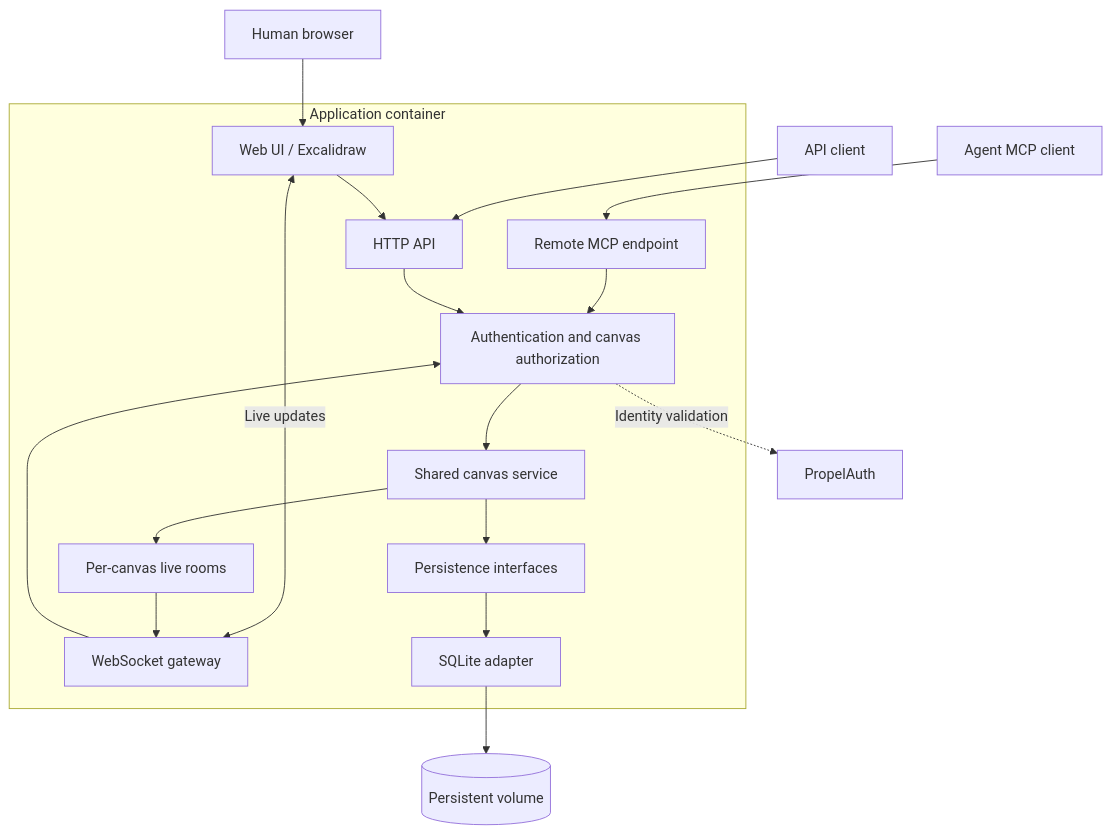
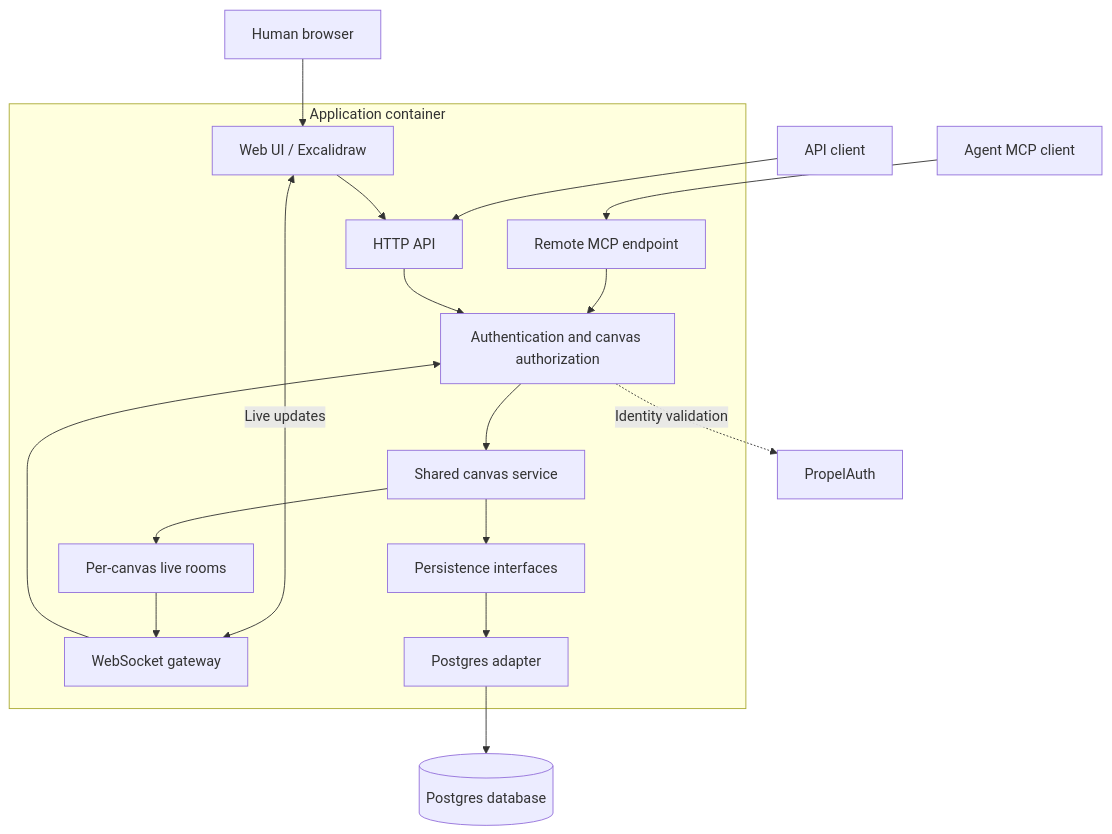
The first of 3 diagrams in docs/high-level-design.md (rose-m/excalibur), drawn with Mermaid before and after one commit. The commit also changed other lines of this file and 37 other files, not shown here.

First line of the commit message:
Replace SQLite with async Postgres persistence

````diff
--- a/docs/high-level-design.md
+++ b/docs/high-level-design.md
@@ -41,31 +41,31 @@
 ```mermaid
 flowchart TB
     Human[Human browser] --> UI[Web UI / Excalidraw]
     Agent[Agent MCP client] --> MCP[Remote MCP endpoint]
     Client[API client] --> API[HTTP API]
     UI --> API
     UI <-->|Live updates| WS[WebSocket gateway]
 
     subgraph App[Application container]
         UI
         MCP
         API
         WS
         Access[Authentication and canvas authorization]
         Canvas[Shared canvas service]
         Rooms[Per-canvas live rooms]
         Store[Persistence interfaces]
-        SQLite[SQLite adapter]
+        Postgres[Postgres adapter]
     end
 
     MCP --> Access
     API --> Access
     WS --> Access
     Access --> Canvas
     Canvas --> Rooms
     Rooms --> WS
     Canvas --> Store
-    Store --> SQLite
-    SQLite --> Volume[(Persistent volume)]
+    Store --> Postgres
+    Postgres --> Database[(Postgres database)]
     Access -. Identity validation .-> Auth[PropelAuth]
 ```
````
